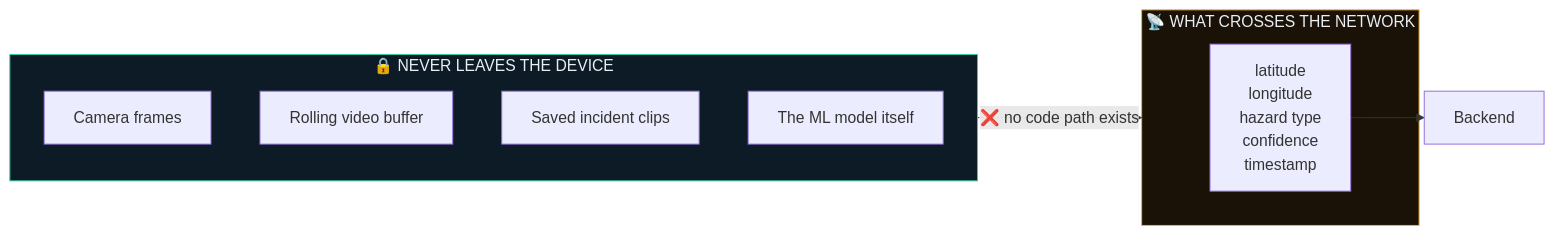
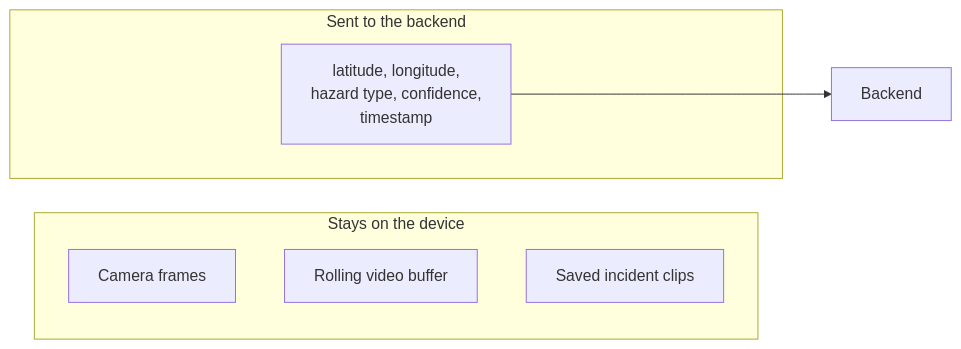
The sixth of 7 diagrams in README.md (4-thkind/DelhiJalNav), drawn with Mermaid before and after one commit. The commit also changed other lines of this file, not shown here.

````diff
--- a/README.md
+++ b/README.md
@@ -431,19 +218,14 @@
 ```mermaid
 flowchart LR
-    subgraph DEVICE["🔒 NEVER LEAVES THE DEVICE"]
+    subgraph DEVICE["Stays on the device"]
         V["Camera frames"]
         B["Rolling video buffer"]
         C["Saved incident clips"]
-        M["The ML model itself"]
     end
 
-    subgraph WIRE["📡 WHAT CROSSES THE NETWORK"]
-        D["latitude<br/>longitude<br/>hazard type<br/>confidence<br/>timestamp"]
+    subgraph WIRE["Sent to the backend"]
+        D["latitude, longitude,<br/>hazard type, confidence,<br/>timestamp"]
     end
 
-    DEVICE -.->|"❌ no code path exists"| WIRE
     D --> S["Backend"]
-
-    style DEVICE fill:#0d1b26,stroke:#35d0a5,color:#e8eef4
-    style WIRE fill:#1a1206,stroke:#ffb020,color:#e8eef4
 ```
````
